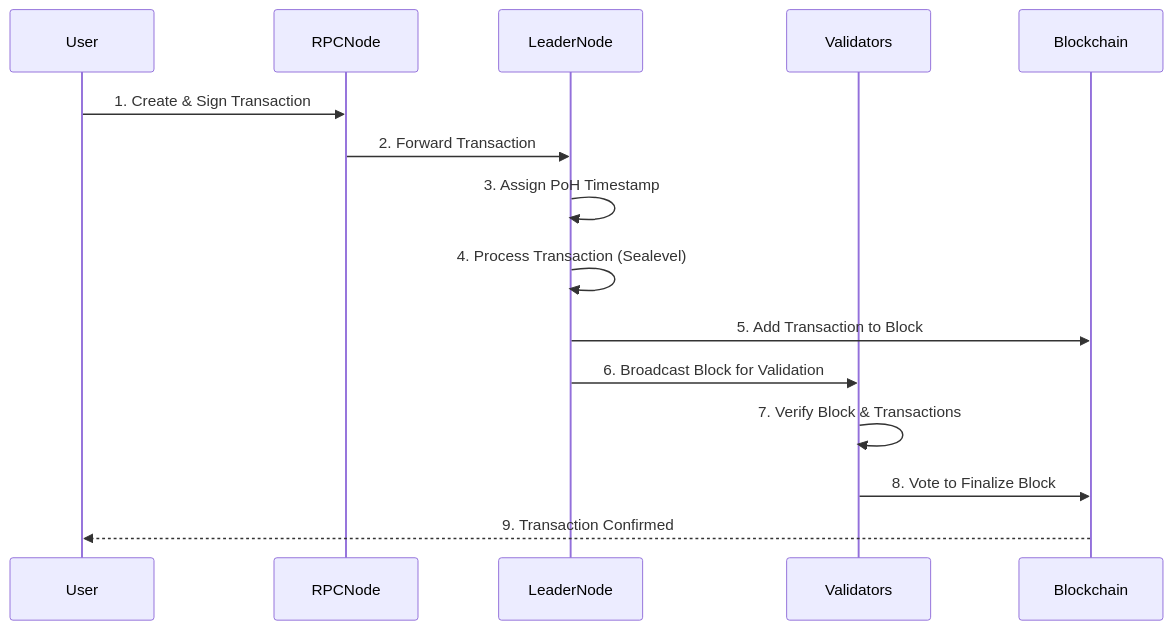
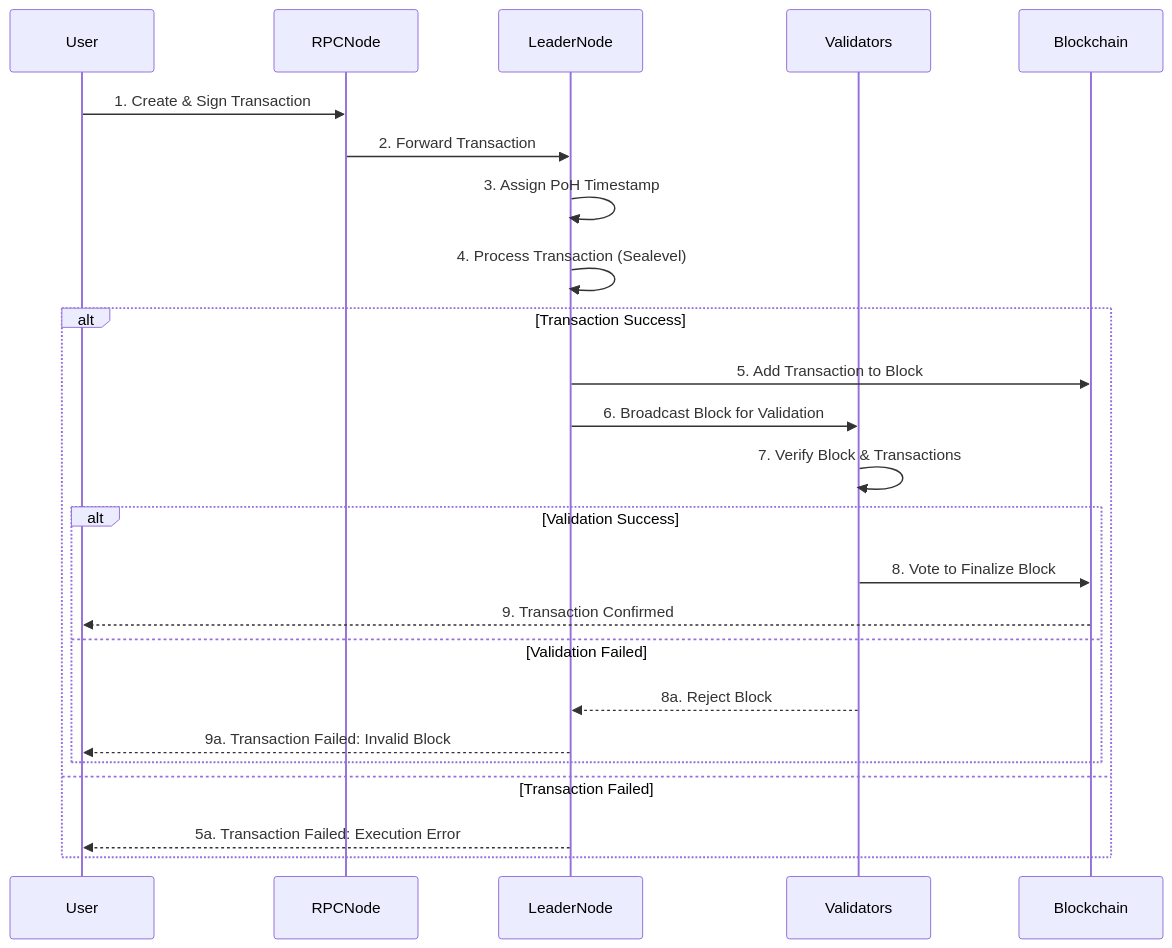
The diagram in architecture/3.solana_transaction_processing.md (twannasleep/solana-learning), drawn with Mermaid before and after one commit. The commit also changed other lines of this file, not shown here.

Commit message:
Update Solana transaction processing diagram with error handling and validation flow

````diff
--- a/architecture/3.solana_transaction_processing.md
+++ b/architecture/3.solana_transaction_processing.md
@@ -5,33 +5,27 @@
 ```mermaid
-
 sequenceDiagram
-
 participant User
-
 participant RPCNode
-
 participant LeaderNode
-
 participant Validators
-
 participant Blockchain
 
 User->>RPCNode: 1. Create & Sign Transaction
-
 RPCNode->>LeaderNode: 2. Forward Transaction
-
 LeaderNode->>LeaderNode: 3. Assign PoH Timestamp
-
 LeaderNode->>LeaderNode: 4. Process Transaction (Sealevel)
-
-LeaderNode->>Blockchain: 5. Add Transaction to Block
-
-LeaderNode->>Validators: 6. Broadcast Block for Validation
-
-Validators->>Validators: 7. Verify Block & Transactions
-
-Validators->>Blockchain: 8. Vote to Finalize Block
-
-Blockchain-->>User: 9. Transaction Confirmed
-
+alt Transaction Success
+    LeaderNode->>Blockchain: 5. Add Transaction to Block
+    LeaderNode->>Validators: 6. Broadcast Block for Validation
+    Validators->>Validators: 7. Verify Block & Transactions
+    alt Validation Success
+        Validators->>Blockchain: 8. Vote to Finalize Block
+        Blockchain-->>User: 9. Transaction Confirmed
+    else Validation Failed
+        Validators-->>LeaderNode: 8a. Reject Block
+        LeaderNode-->>User: 9a. Transaction Failed: Invalid Block
+    end
+else Transaction Failed
+    LeaderNode-->>User: 5a. Transaction Failed: Execution Error
+end
 ```
````
